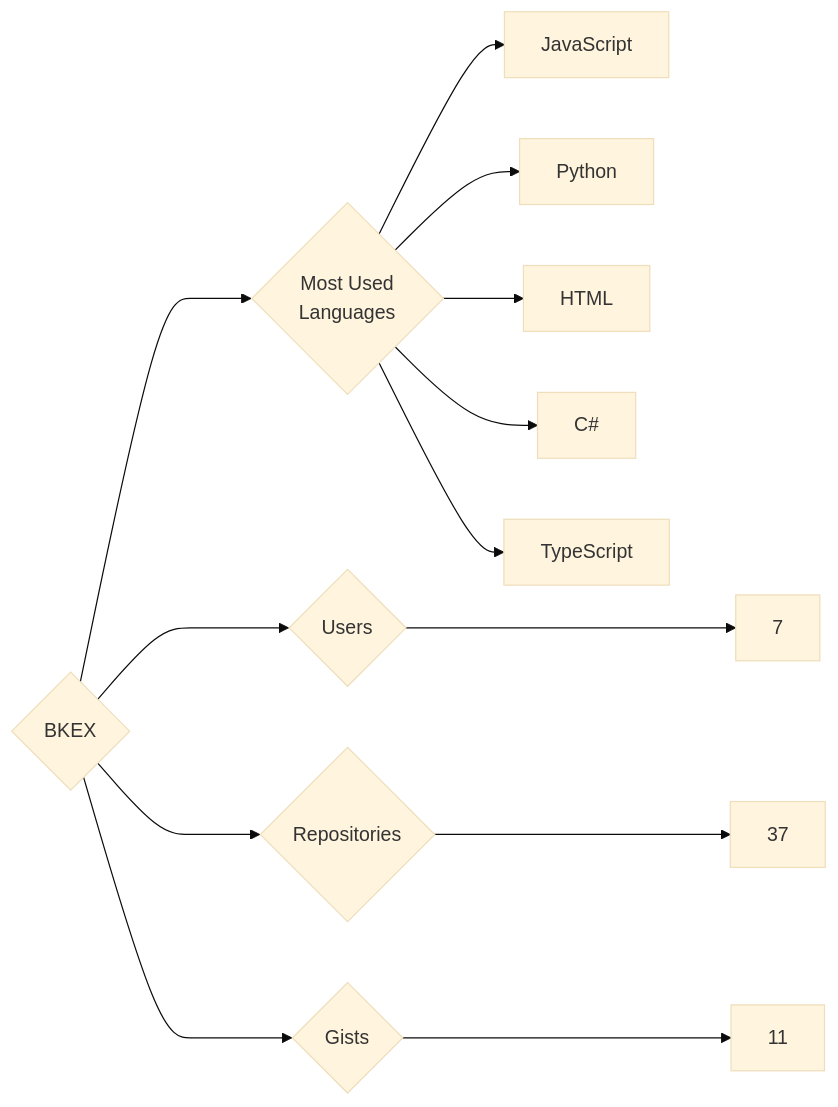
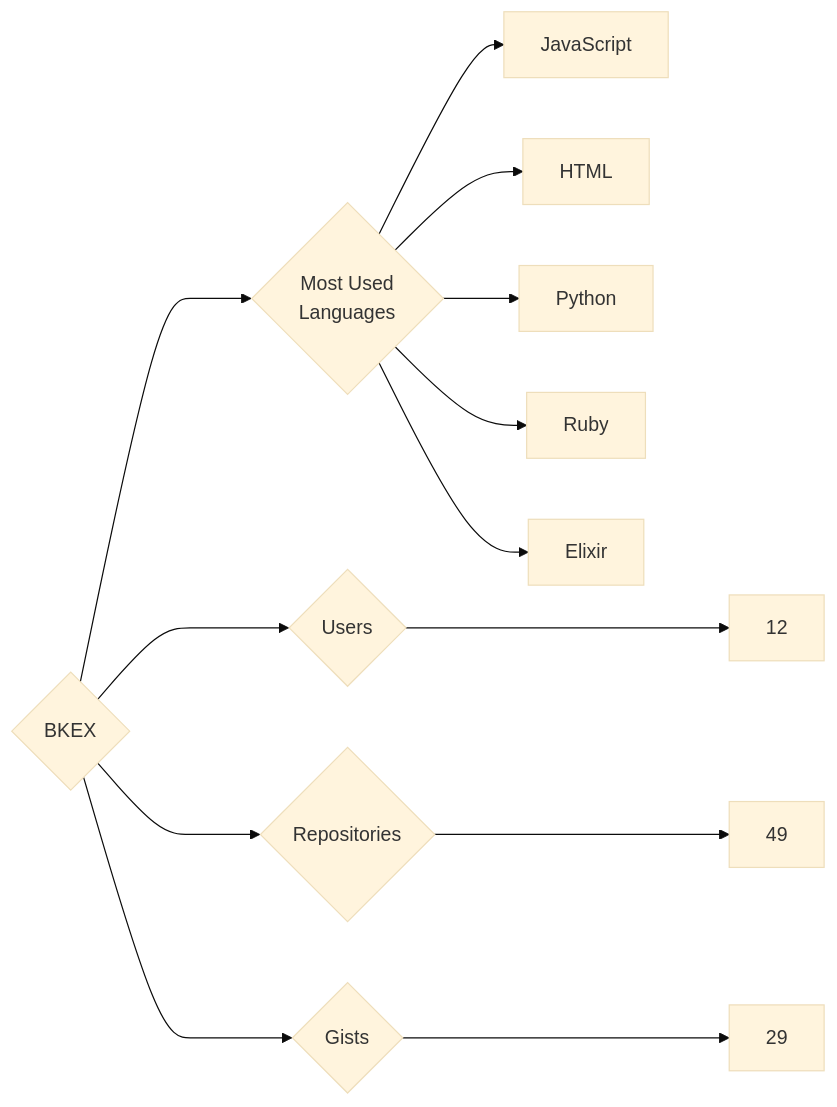
One commit to trickest/insiders changed the diagram in targets/BKEX/README.md. Above: the diagram before and after it, drawn with Mermaid (base theme). The commit also changed 993 other files, not shown here.

````diff
--- a/targets/BKEX/README.md
+++ b/targets/BKEX/README.md
@@ -3,13 +3,13 @@
 ```mermaid
 graph LR
 COMPANY_NAME{BKEX}
-COMPANY_NAME ---> U{Users} ---> UN[7]
-COMPANY_NAME ---> R{Repositories} ---> RN[37]
-COMPANY_NAME ---> G{Gists} ---> GN[11]
+COMPANY_NAME ---> U{Users} ---> UN[12]
+COMPANY_NAME ---> R{Repositories} ---> RN[49]
+COMPANY_NAME ---> G{Gists} ---> GN[29]
 COMPANY_NAME ---> ML{Most Used<br>Languages}
 ML --> JavaScript[JavaScript]
+ML --> HTML[HTML]
 ML --> Python[Python]
-ML --> HTML[HTML]
-ML --> C#[C#]
-ML --> TypeScript[TypeScript]
+ML --> Ruby[Ruby]
+ML --> Elixir[Elixir]
 ```
````
